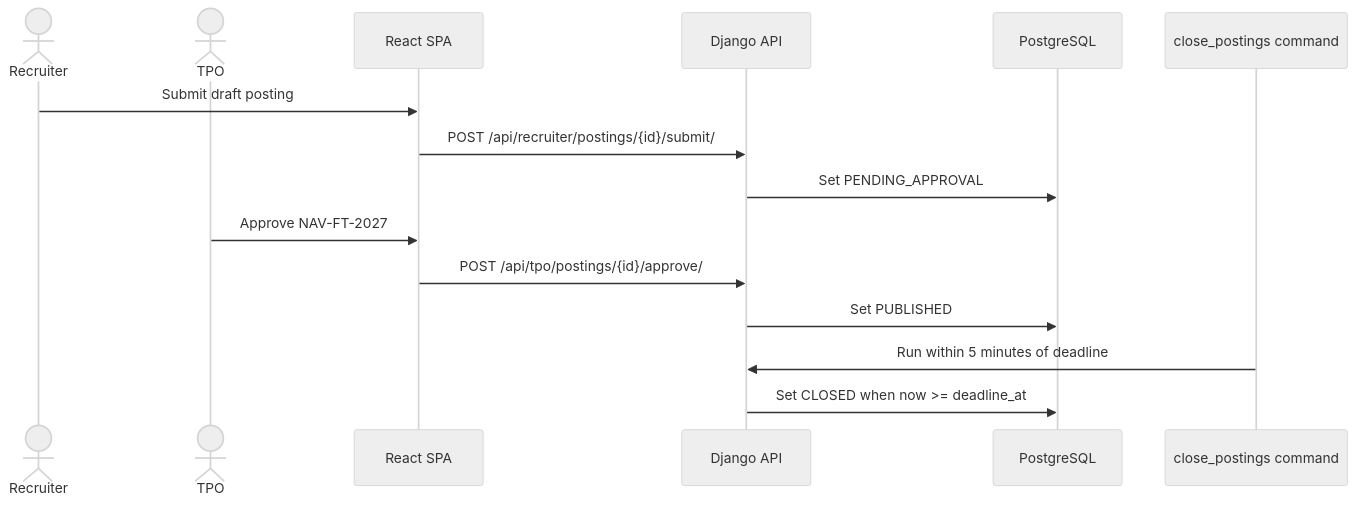
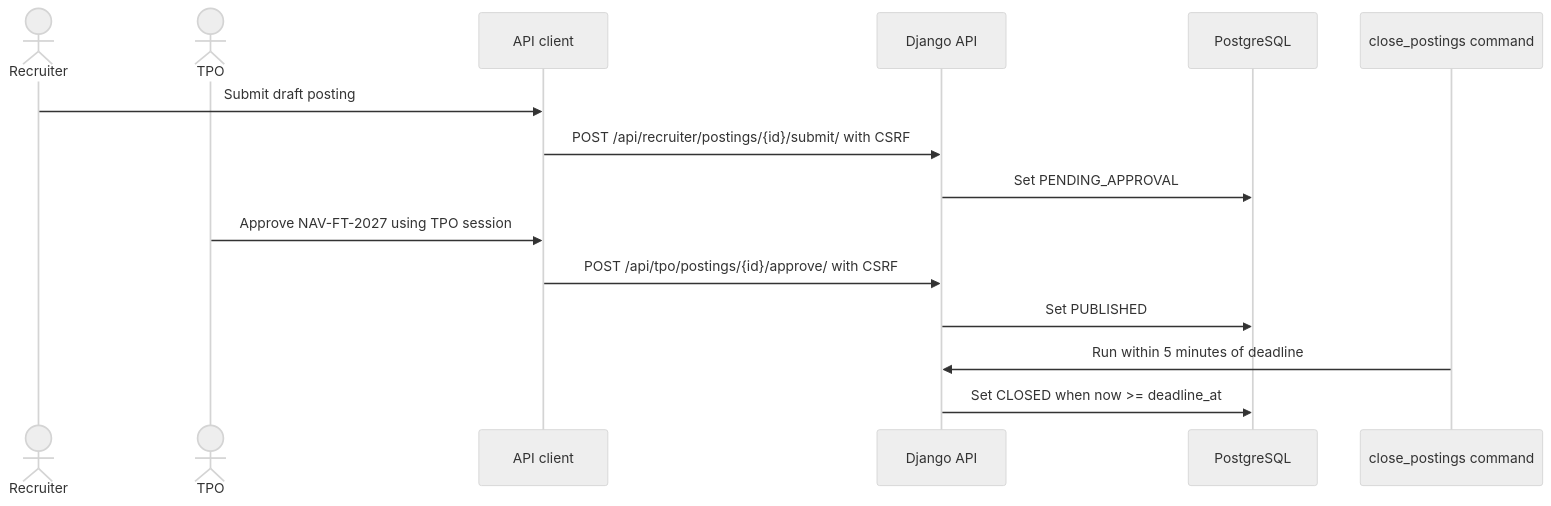
One commit to sukurcf/spec-campushire-placement-portal changed the fifth of 7 diagrams in docs/05-system-architecture.md. Above: the diagram before and after it, drawn with Mermaid (neutral theme). The commit also changed other lines of this file and 14 other files, not shown here.

````diff
--- a/docs/05-system-architecture.md
+++ b/docs/05-system-architecture.md
@@ -97,17 +92,17 @@
 ```mermaid
 sequenceDiagram
     actor Recruiter
     actor TPO
-    participant SPA as React SPA
+    participant Client as API client
     participant API as Django API
     participant DB as PostgreSQL
     participant Command as close_postings command
-    Recruiter->>SPA: Submit draft posting
-    SPA->>API: POST /api/recruiter/postings/{id}/submit/
+    Recruiter->>Client: Submit draft posting
+    Client->>API: POST /api/recruiter/postings/{id}/submit/ with CSRF
     API->>DB: Set PENDING_APPROVAL
-    TPO->>SPA: Approve NAV-FT-2027
-    SPA->>API: POST /api/tpo/postings/{id}/approve/
+    TPO->>Client: Approve NAV-FT-2027 using TPO session
+    Client->>API: POST /api/tpo/postings/{id}/approve/ with CSRF
     API->>DB: Set PUBLISHED
     Command->>API: Run within 5 minutes of deadline
     API->>DB: Set CLOSED when now >= deadline_at
 ```
````
